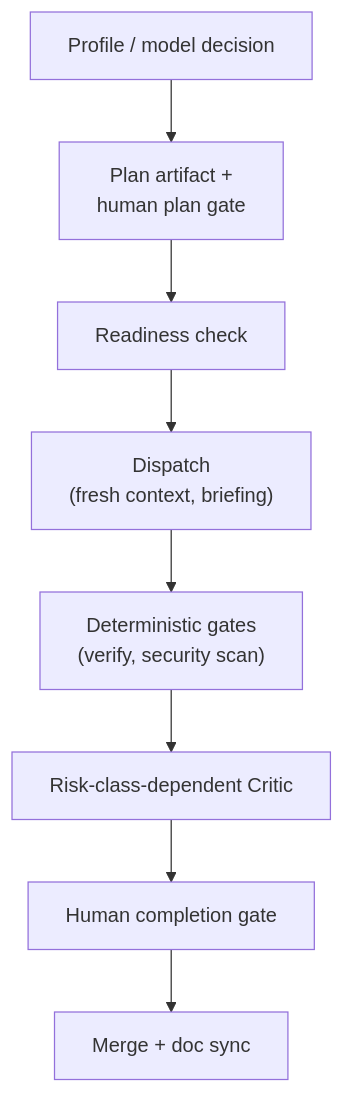
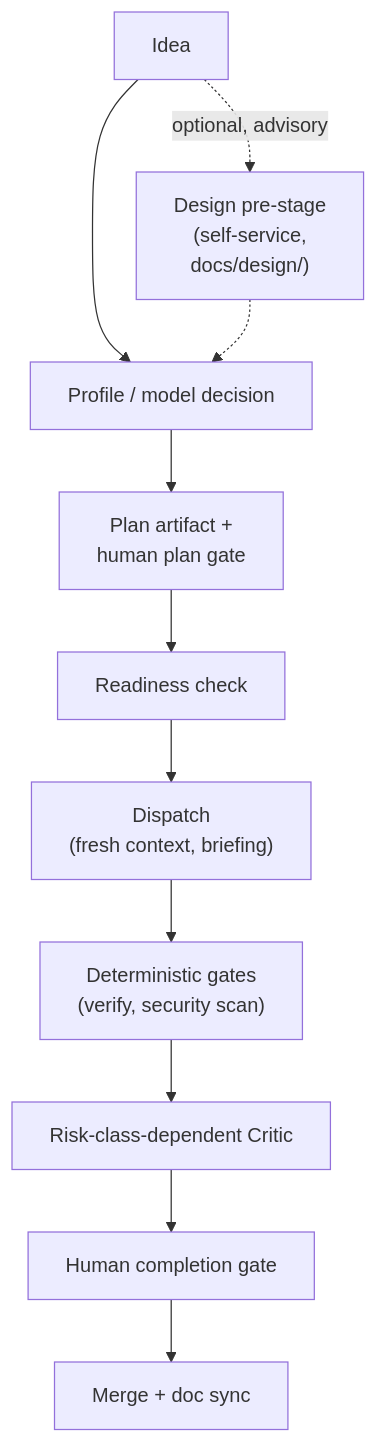
The second of 4 diagrams in README.md (agent-pipe-shared/agent-pipeline), drawn with Mermaid before and after one commit. The commit also changed other lines of this file and 8 other files, not shown here.

First line of the commit message:
docs: optional design pre-stage (advisory) + self-service design guide

````diff
--- a/README.md
+++ b/README.md
@@ -91,10 +91,13 @@
 ```mermaid
 flowchart TD
+    ID["Idea"] --> P
+    ID -.->|"optional, advisory"| DS["Design pre-stage<br/>(self-service,<br/>docs/design/)"]
+    DS -.-> P
     P["Profile / model decision"] --> PL["Plan artifact +<br/>human plan gate"]
     PL --> R["Readiness check"]
     R --> D["Dispatch<br/>(fresh context, briefing)"]
     D --> G["Deterministic gates<br/>(verify, security scan)"]
     G --> C["Risk-class-dependent Critic"]
     C --> H["Human completion gate"]
     H --> M["Merge + doc sync"]
 ```
````
